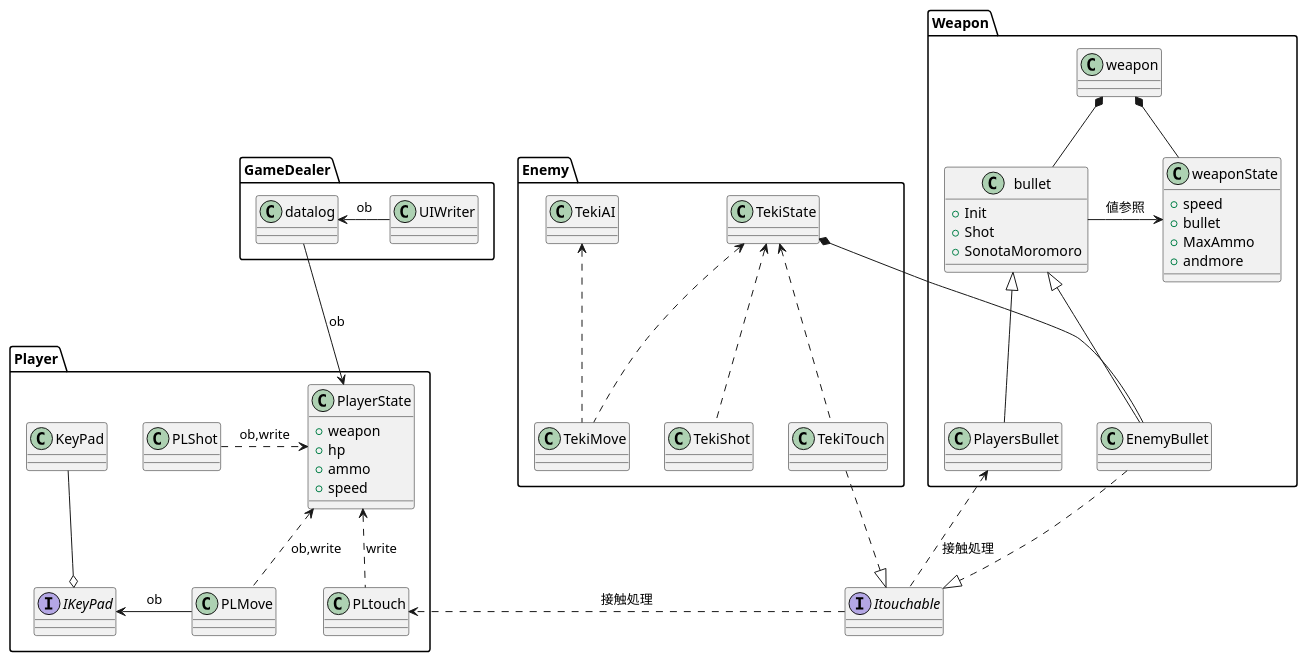
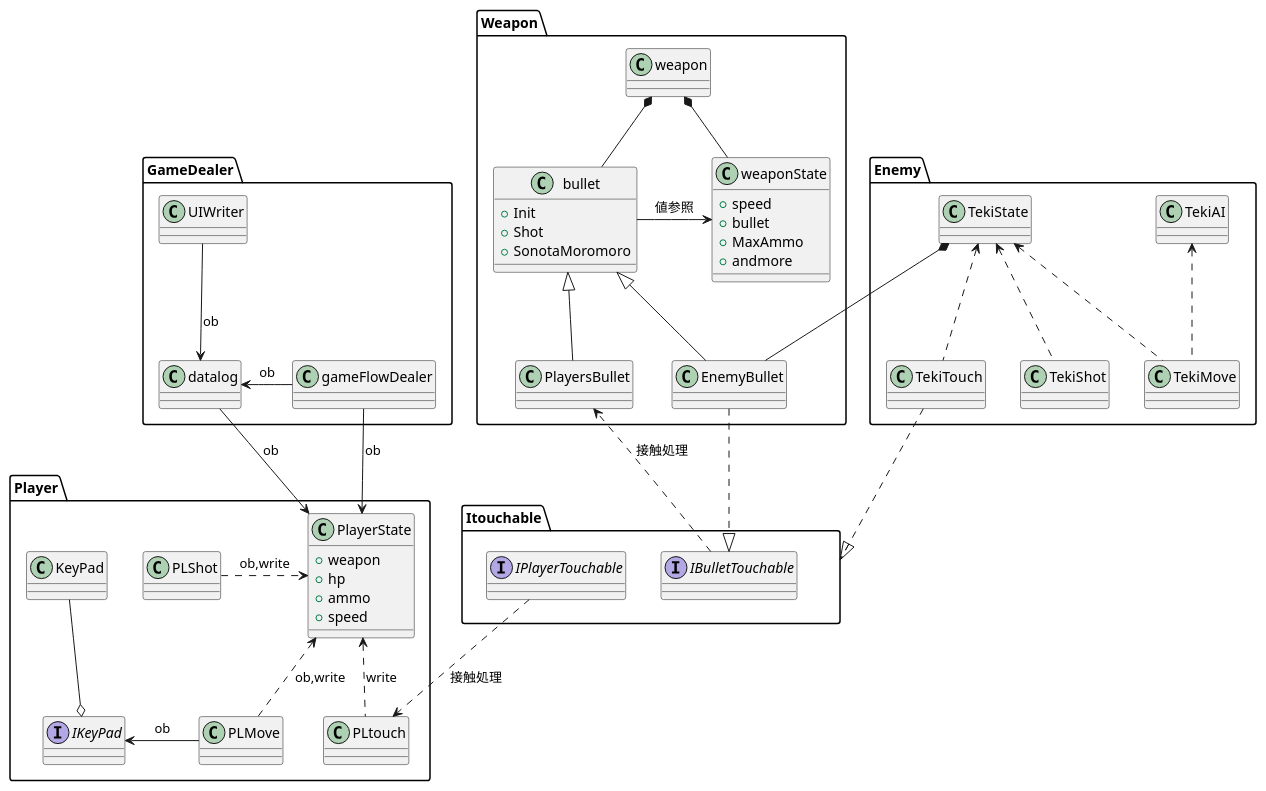
Before and after one commit to hitoiki/UnityRoomShooting: the diagram in Assets/Script/ClassDesign.pu, drawn with PlantUML. The commit also changed 88 other files, not shown here.

```diff
--- a/Assets/Script/ClassDesign.pu
+++ b/Assets/Script/ClassDesign.pu
@@ -1,83 +1,89 @@
 @startuml クラス図
 
 
 package Player{
 class PlayerState{
 +weapon
 +hp
 +ammo
 +speed
 }
 
 class PLMove
 class PLShot
 class PLtouch
 
 interface IKeyPad
 class KeyPad
 
 KeyPad --o IKeyPad
 IKeyPad <- PLMove : ob
 PlayerState <.left. PLShot : ob,write
 PlayerState <.. PLMove : ob,write
 PlayerState <.. PLtouch : write
 }
 
-interface Itouchable
-Itouchable .> PLtouch : 接触処理
-
+package Itouchable{
+    interface IBulletTouchable
+    interface IPlayerTouchable
+}
+    IPlayerTouchable ..> PLtouch : 接触処理 
 
 package Weapon{
     class weapon
     
     class bullet{
         +Init
         +Shot
         +SonotaMoromoro
     }
     
     class weaponState{
         +speed
         +bullet
         +MaxAmmo
         +andmore
     }
 
     class PlayersBullet
     weapon *-- bullet
     weapon *-- weaponState
     weaponState<-left- bullet : 値参照
     bullet <|-- EnemyBullet
-    Itouchable <|.Up. EnemyBullet
+    IBulletTouchable <|.Up. EnemyBullet
     bullet <|-- PlayersBullet
-    Itouchable .Up.> PlayersBullet :接触処理 
 
 }
 
 
 
 package Enemy{
     class TekiMove
     class TekiTouch
     class TekiShot
     class TekiAI
     class TekiState
 
     TekiState <.. TekiMove
     TekiAI <.. TekiMove
     TekiState <.. TekiTouch
     TekiState <.. TekiShot
-    Itouchable <|. TekiTouch
+    Itouchable <|.up. TekiTouch
     TekiState *-- EnemyBullet 
+    IBulletTouchable ..> PlayersBullet :接触処理
 }
 
 package GameDealer{
     class datalog
+    class gameFlowDealer
     class UIWriter
 
     PlayerState <-Up- datalog : ob
-    datalog <- UIWriter : ob
+    datalog <-up- UIWriter : ob
+    datalog <- gameFlowDealer : ob
+
+    PlayerState <- gameFlowDealer : ob
 
 }
 
 @enduml
```
